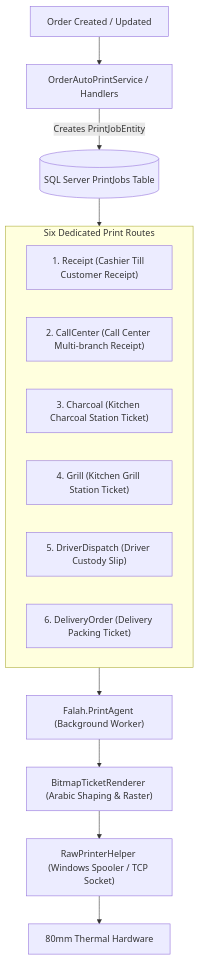
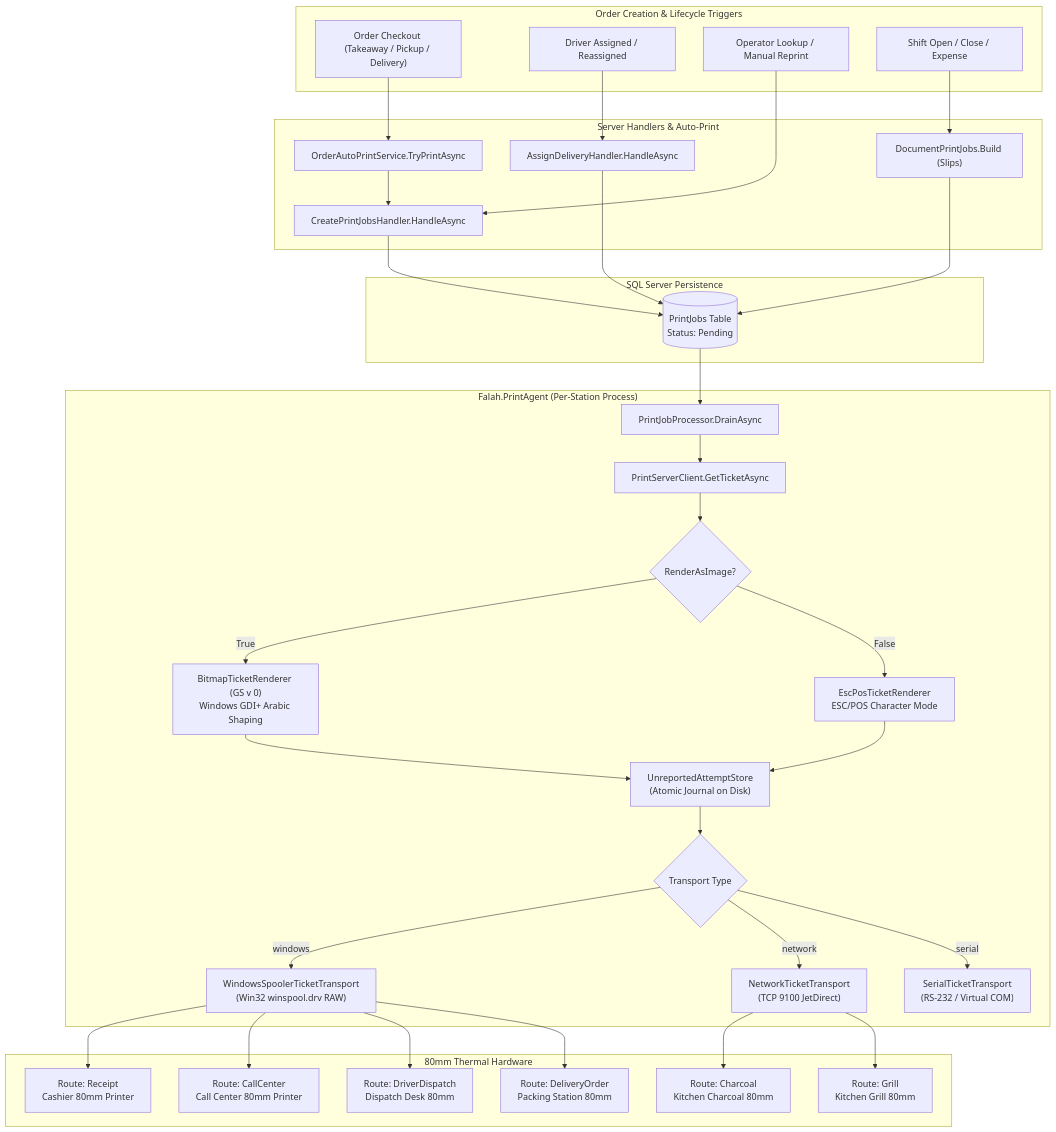
Before and after one commit to Fale7-Res/Fale7-Pos: the first of 3 diagrams in GitHub Copilot Work/06-Printing/PRINTING_RELIABILITY_AND_PREVIEW.md, drawn with Mermaid. The commit also changed other lines of this file and 713 other files, not shown here.

````diff
--- a/GitHub Copilot Work/06-Printing/PRINTING_RELIABILITY_AND_PREVIEW.md
+++ b/GitHub Copilot Work/06-Printing/PRINTING_RELIABILITY_AND_PREVIEW.md
@@ -14,20 +40,71 @@
 ```mermaid
-graph TD
-    Order["Order Created / Updated"] --> Dispatcher["OrderAutoPrintService / Handlers"]
-    Dispatcher -->|"Creates PrintJobEntity"| DB[("SQL Server PrintJobs Table")]
-
-    subgraph Routes["Six Dedicated Print Routes"]
-        R1["1. Receipt (Cashier Till Customer Receipt)"]
-        R2["2. CallCenter (Call Center Multi-branch Receipt)"]
-        R3["3. Charcoal (Kitchen Charcoal Station Ticket)"]
-        R4["4. Grill (Kitchen Grill Station Ticket)"]
-        R5["5. DriverDispatch (Driver Custody Slip)"]
-        R6["6. DeliveryOrder (Delivery Packing Ticket)"]
+flowchart TD
+    subgraph OrderEvents["Order Creation & Lifecycle Triggers"]
+        OrderCheckout["Order Checkout (Takeaway / Pickup / Delivery)"]
+        AssignDriver["Driver Assigned / Reassigned"]
+        ManualReprint["Operator Lookup / Manual Reprint"]
+        ShiftEvents["Shift Open / Close / Expense"]
     end
 
-    DB --> Routes
-    Routes --> Agent["Falah.PrintAgent (Background Worker)"]
-    Agent --> Renderer["BitmapTicketRenderer (Arabic Shaping & Raster)"]
-    Renderer --> Transport["RawPrinterHelper (Windows Spooler / TCP Socket)"]
-    Transport --> PhysicalPrinter["80mm Thermal Hardware"]
+    subgraph ServerDispatch["Server Handlers & Auto-Print"]
+        AutoPrint["OrderAutoPrintService.TryPrintAsync"]
+        CreateJobs["CreatePrintJobsHandler.HandleAsync"]
+        AssignHandler["AssignDeliveryHandler.HandleAsync"]
+        DocPrintJobs["DocumentPrintJobs.Build (Slips)"]
+    end
+
+    subgraph Database["SQL Server Persistence"]
+        PrintJobsTable[("PrintJobs Table<br/>Status: Pending")]
+    end
+
+    subgraph PollingAgent["Falah.PrintAgent (Per-Station Process)"]
+        DrainLoop["PrintJobProcessor.DrainAsync"]
+        GetTicket["PrintServerClient.GetTicketAsync"]
+        RendererChoice{"RenderAsImage?"}
+        BitmapRenderer["BitmapTicketRenderer (GS v 0)<br/>Windows GDI+ Arabic Shaping"]
+        EscPosRenderer["EscPosTicketRenderer<br/>ESC/POS Character Mode"]
+        UnreportedStore["UnreportedAttemptStore<br/>(Atomic Journal on Disk)"]
+        TransportChoice{"Transport Type"}
+        Spooler["WindowsSpoolerTicketTransport<br/>(Win32 winspool.drv RAW)"]
+        NetSocket["NetworkTicketTransport<br/>(TCP 9100 JetDirect)"]
+        ComPort["SerialTicketTransport<br/>(RS-232 / Virtual COM)"]
+    end
+
+    subgraph PhysicalHardware["80mm Thermal Hardware"]
+        CashierPrinter["Route: Receipt<br/>Cashier 80mm Printer"]
+        CallCenterPrinter["Route: CallCenter<br/>Call Center 80mm Printer"]
+        CharcoalPrinter["Route: Charcoal<br/>Kitchen Charcoal 80mm"]
+        GrillPrinter["Route: Grill<br/>Kitchen Grill 80mm"]
+        DriverSlipPrinter["Route: DriverDispatch<br/>Dispatch Desk 80mm"]
+        DeliveryPackPrinter["Route: DeliveryOrder<br/>Packing Station 80mm"]
+    end
+
+    OrderCheckout --> AutoPrint
+    AutoPrint --> CreateJobs
+    ManualReprint --> CreateJobs
+    AssignDriver --> AssignHandler
+    ShiftEvents --> DocPrintJobs
+
+    CreateJobs --> PrintJobsTable
+    AssignHandler --> PrintJobsTable
+    DocPrintJobs --> PrintJobsTable
+
+    PrintJobsTable --> DrainLoop
+    DrainLoop --> GetTicket
+    GetTicket --> RendererChoice
+    RendererChoice -->|True| BitmapRenderer
+    RendererChoice -->|False| EscPosRenderer
+    BitmapRenderer --> UnreportedStore
+    EscPosRenderer --> UnreportedStore
+    UnreportedStore --> TransportChoice
+    TransportChoice -->|windows| Spooler
+    TransportChoice -->|network| NetSocket
+    TransportChoice -->|serial| ComPort
+
+    Spooler --> CashierPrinter
+    Spooler --> CallCenterPrinter
+    NetSocket --> CharcoalPrinter
+    NetSocket --> GrillPrinter
+    Spooler --> DriverSlipPrinter
+    Spooler --> DeliveryPackPrinter
 ```
````
